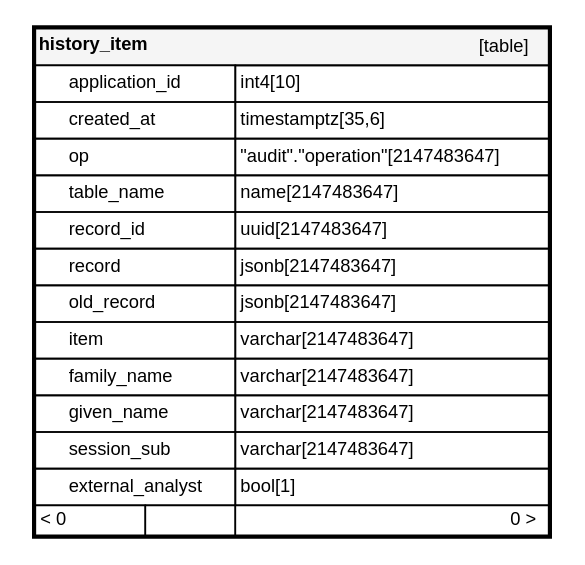
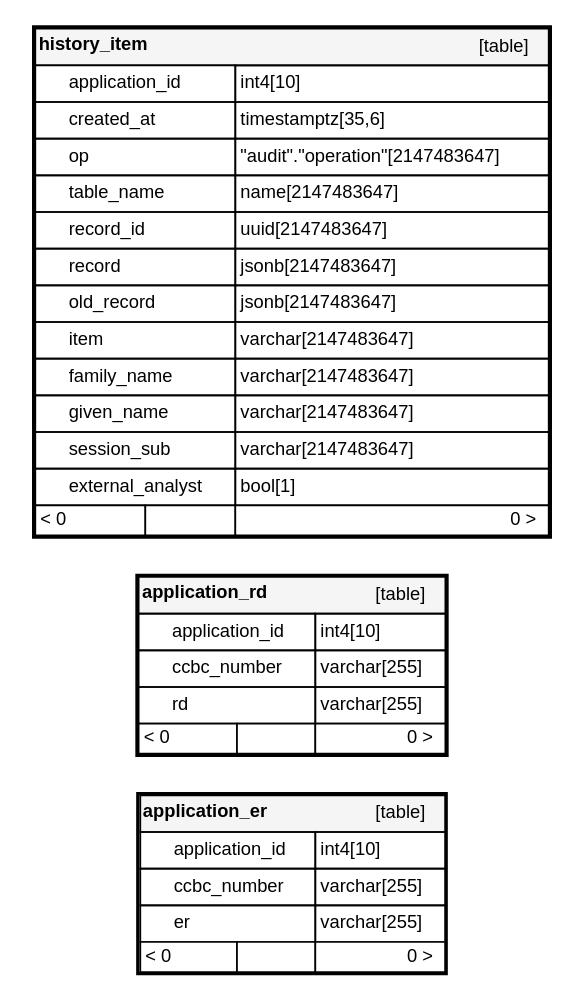
One commit to bcgov/CONN-CCBC-portal changed the diagram in schemaspy/ccbc_public/diagrams/orphans/orphans.dot. Above: the diagram before and after it, drawn with Graphviz. The commit also changed 21 other files, not shown here.

```diff
--- a/schemaspy/ccbc_public/diagrams/orphans/orphans.dot
+++ b/schemaspy/ccbc_public/diagrams/orphans/orphans.dot
@@ -1,25 +1,51 @@
 digraph "orphans" {
   graph [    rankdir="RL"    bgcolor="#ffffff"    nodesep="0.18"    ranksep="0.46"    fontname="Helvetica"    fontsize="11"    ration="compress"  ];  node [    fontname="Helvetica"    fontsize="11"    shape="plaintext"  ];  edge [    arrowsize="0.8"  ];
+  "application_er" [
+   label=<
+    <TABLE BORDER="2" CELLBORDER="1" CELLSPACING="0" BGCOLOR="#ffffff">
+      <TR><TD COLSPAN="4"  BGCOLOR="#f5f5f5"><TABLE BORDER="0" CELLSPACING="0"><TR><TD ALIGN="LEFT" FIXEDSIZE="TRUE" WIDTH="84" HEIGHT="16"><B>application_er</B></TD><TD ALIGN="RIGHT">[table]</TD></TR></TABLE></TD></TR>
+      <TR><TD PORT="application_id" COLSPAN="2" ALIGN="LEFT"><TABLE BORDER="0" CELLSPACING="0" ALIGN="LEFT"><TR ALIGN="LEFT"><TD ALIGN="LEFT" FIXEDSIZE="TRUE" WIDTH="15" HEIGHT="16"></TD><TD ALIGN="LEFT" FIXEDSIZE="TRUE" WIDTH="84" HEIGHT="16">application_id</TD></TR></TABLE></TD><TD PORT="application_id.type" ALIGN="LEFT">int4[10]</TD></TR>
+      <TR><TD PORT="ccbc_number" COLSPAN="2" ALIGN="LEFT"><TABLE BORDER="0" CELLSPACING="0" ALIGN="LEFT"><TR ALIGN="LEFT"><TD ALIGN="LEFT" FIXEDSIZE="TRUE" WIDTH="15" HEIGHT="16"></TD><TD ALIGN="LEFT" FIXEDSIZE="TRUE" WIDTH="84" HEIGHT="16">ccbc_number</TD></TR></TABLE></TD><TD PORT="ccbc_number.type" ALIGN="LEFT">varchar[255]</TD></TR>
+      <TR><TD PORT="er" COLSPAN="2" ALIGN="LEFT"><TABLE BORDER="0" CELLSPACING="0" ALIGN="LEFT"><TR ALIGN="LEFT"><TD ALIGN="LEFT" FIXEDSIZE="TRUE" WIDTH="15" HEIGHT="16"></TD><TD ALIGN="LEFT" FIXEDSIZE="TRUE" WIDTH="84" HEIGHT="16">er</TD></TR></TABLE></TD><TD PORT="er.type" ALIGN="LEFT">varchar[255]</TD></TR>
+      <TR><TD ALIGN="LEFT" BGCOLOR="#ffffff">&lt; 0</TD><TD ALIGN="RIGHT" BGCOLOR="#ffffff">  </TD><TD ALIGN="RIGHT" BGCOLOR="#ffffff">0 &gt;</TD></TR>
+    </TABLE>>
+    URL="tables/application_er.html"
+    target="_top"
+    tooltip="application_er"
+  ];
+  "application_rd" [
+   label=<
+    <TABLE BORDER="2" CELLBORDER="1" CELLSPACING="0" BGCOLOR="#ffffff">
+      <TR><TD COLSPAN="4"  BGCOLOR="#f5f5f5"><TABLE BORDER="0" CELLSPACING="0"><TR><TD ALIGN="LEFT" FIXEDSIZE="TRUE" WIDTH="85" HEIGHT="16"><B>application_rd</B></TD><TD ALIGN="RIGHT">[table]</TD></TR></TABLE></TD></TR>
+      <TR><TD PORT="application_id" COLSPAN="2" ALIGN="LEFT"><TABLE BORDER="0" CELLSPACING="0" ALIGN="LEFT"><TR ALIGN="LEFT"><TD ALIGN="LEFT" FIXEDSIZE="TRUE" WIDTH="15" HEIGHT="16"></TD><TD ALIGN="LEFT" FIXEDSIZE="TRUE" WIDTH="85" HEIGHT="16">application_id</TD></TR></TABLE></TD><TD PORT="application_id.type" ALIGN="LEFT">int4[10]</TD></TR>
+      <TR><TD PORT="ccbc_number" COLSPAN="2" ALIGN="LEFT"><TABLE BORDER="0" CELLSPACING="0" ALIGN="LEFT"><TR ALIGN="LEFT"><TD ALIGN="LEFT" FIXEDSIZE="TRUE" WIDTH="15" HEIGHT="16"></TD><TD ALIGN="LEFT" FIXEDSIZE="TRUE" WIDTH="85" HEIGHT="16">ccbc_number</TD></TR></TABLE></TD><TD PORT="ccbc_number.type" ALIGN="LEFT">varchar[255]</TD></TR>
+      <TR><TD PORT="rd" COLSPAN="2" ALIGN="LEFT"><TABLE BORDER="0" CELLSPACING="0" ALIGN="LEFT"><TR ALIGN="LEFT"><TD ALIGN="LEFT" FIXEDSIZE="TRUE" WIDTH="15" HEIGHT="16"></TD><TD ALIGN="LEFT" FIXEDSIZE="TRUE" WIDTH="85" HEIGHT="16">rd</TD></TR></TABLE></TD><TD PORT="rd.type" ALIGN="LEFT">varchar[255]</TD></TR>
+      <TR><TD ALIGN="LEFT" BGCOLOR="#ffffff">&lt; 0</TD><TD ALIGN="RIGHT" BGCOLOR="#ffffff">  </TD><TD ALIGN="RIGHT" BGCOLOR="#ffffff">0 &gt;</TD></TR>
+    </TABLE>>
+    URL="tables/application_rd.html"
+    target="_top"
+    tooltip="application_rd"
+  ];
   "history_item" [
    label=<
     <TABLE BORDER="2" CELLBORDER="1" CELLSPACING="0" BGCOLOR="#ffffff">
       <TR><TD COLSPAN="4"  BGCOLOR="#f5f5f5"><TABLE BORDER="0" CELLSPACING="0"><TR><TD ALIGN="LEFT" FIXEDSIZE="TRUE" WIDTH="75" HEIGHT="16"><B>history_item</B></TD><TD ALIGN="RIGHT">[table]</TD></TR></TABLE></TD></TR>
       <TR><TD PORT="application_id" COLSPAN="2" BGCOLOR="#ffffff" ALIGN="LEFT"><TABLE BORDER="0" CELLSPACING="0" ALIGN="LEFT"><TR ALIGN="LEFT"><TD ALIGN="LEFT" FIXEDSIZE="TRUE" WIDTH="15" HEIGHT="16"></TD><TD ALIGN="LEFT" FIXEDSIZE="TRUE" WIDTH="99" HEIGHT="16">application_id</TD></TR></TABLE></TD><TD PORT="application_id.type" ALIGN="LEFT">int4[10]</TD></TR>
       <TR><TD PORT="created_at" COLSPAN="2" ALIGN="LEFT"><TABLE BORDER="0" CELLSPACING="0" ALIGN="LEFT"><TR ALIGN="LEFT"><TD ALIGN="LEFT" FIXEDSIZE="TRUE" WIDTH="15" HEIGHT="16"></TD><TD ALIGN="LEFT" FIXEDSIZE="TRUE" WIDTH="99" HEIGHT="16">created_at</TD></TR></TABLE></TD><TD PORT="created_at.type" ALIGN="LEFT">timestamptz[35,6]</TD></TR>
       <TR><TD PORT="op" COLSPAN="2" ALIGN="LEFT"><TABLE BORDER="0" CELLSPACING="0" ALIGN="LEFT"><TR ALIGN="LEFT"><TD ALIGN="LEFT" FIXEDSIZE="TRUE" WIDTH="15" HEIGHT="16"></TD><TD ALIGN="LEFT" FIXEDSIZE="TRUE" WIDTH="99" HEIGHT="16">op</TD></TR></TABLE></TD><TD PORT="op.type" ALIGN="LEFT">&quot;audit&quot;.&quot;operation&quot;[2147483647]</TD></TR>
       <TR><TD PORT="table_name" COLSPAN="2" ALIGN="LEFT"><TABLE BORDER="0" CELLSPACING="0" ALIGN="LEFT"><TR ALIGN="LEFT"><TD ALIGN="LEFT" FIXEDSIZE="TRUE" WIDTH="15" HEIGHT="16"></TD><TD ALIGN="LEFT" FIXEDSIZE="TRUE" WIDTH="99" HEIGHT="16">table_name</TD></TR></TABLE></TD><TD PORT="table_name.type" ALIGN="LEFT">name[2147483647]</TD></TR>
       <TR><TD PORT="record_id" COLSPAN="2" ALIGN="LEFT"><TABLE BORDER="0" CELLSPACING="0" ALIGN="LEFT"><TR ALIGN="LEFT"><TD ALIGN="LEFT" FIXEDSIZE="TRUE" WIDTH="15" HEIGHT="16"></TD><TD ALIGN="LEFT" FIXEDSIZE="TRUE" WIDTH="99" HEIGHT="16">record_id</TD></TR></TABLE></TD><TD PORT="record_id.type" ALIGN="LEFT">uuid[2147483647]</TD></TR>
       <TR><TD PORT="record" COLSPAN="2" ALIGN="LEFT"><TABLE BORDER="0" CELLSPACING="0" ALIGN="LEFT"><TR ALIGN="LEFT"><TD ALIGN="LEFT" FIXEDSIZE="TRUE" WIDTH="15" HEIGHT="16"></TD><TD ALIGN="LEFT" FIXEDSIZE="TRUE" WIDTH="99" HEIGHT="16">record</TD></TR></TABLE></TD><TD PORT="record.type" ALIGN="LEFT">jsonb[2147483647]</TD></TR>
       <TR><TD PORT="old_record" COLSPAN="2" ALIGN="LEFT"><TABLE BORDER="0" CELLSPACING="0" ALIGN="LEFT"><TR ALIGN="LEFT"><TD ALIGN="LEFT" FIXEDSIZE="TRUE" WIDTH="15" HEIGHT="16"></TD><TD ALIGN="LEFT" FIXEDSIZE="TRUE" WIDTH="99" HEIGHT="16">old_record</TD></TR></TABLE></TD><TD PORT="old_record.type" ALIGN="LEFT">jsonb[2147483647]</TD></TR>
       <TR><TD PORT="item" COLSPAN="2" ALIGN="LEFT"><TABLE BORDER="0" CELLSPACING="0" ALIGN="LEFT"><TR ALIGN="LEFT"><TD ALIGN="LEFT" FIXEDSIZE="TRUE" WIDTH="15" HEIGHT="16"></TD><TD ALIGN="LEFT" FIXEDSIZE="TRUE" WIDTH="99" HEIGHT="16">item</TD></TR></TABLE></TD><TD PORT="item.type" ALIGN="LEFT">varchar[2147483647]</TD></TR>
       <TR><TD PORT="family_name" COLSPAN="2" ALIGN="LEFT"><TABLE BORDER="0" CELLSPACING="0" ALIGN="LEFT"><TR ALIGN="LEFT"><TD ALIGN="LEFT" FIXEDSIZE="TRUE" WIDTH="15" HEIGHT="16"></TD><TD ALIGN="LEFT" FIXEDSIZE="TRUE" WIDTH="99" HEIGHT="16">family_name</TD></TR></TABLE></TD><TD PORT="family_name.type" ALIGN="LEFT">varchar[2147483647]</TD></TR>
       <TR><TD PORT="given_name" COLSPAN="2" ALIGN="LEFT"><TABLE BORDER="0" CELLSPACING="0" ALIGN="LEFT"><TR ALIGN="LEFT"><TD ALIGN="LEFT" FIXEDSIZE="TRUE" WIDTH="15" HEIGHT="16"></TD><TD ALIGN="LEFT" FIXEDSIZE="TRUE" WIDTH="99" HEIGHT="16">given_name</TD></TR></TABLE></TD><TD PORT="given_name.type" ALIGN="LEFT">varchar[2147483647]</TD></TR>
       <TR><TD PORT="session_sub" COLSPAN="2" ALIGN="LEFT"><TABLE BORDER="0" CELLSPACING="0" ALIGN="LEFT"><TR ALIGN="LEFT"><TD ALIGN="LEFT" FIXEDSIZE="TRUE" WIDTH="15" HEIGHT="16"></TD><TD ALIGN="LEFT" FIXEDSIZE="TRUE" WIDTH="99" HEIGHT="16">session_sub</TD></TR></TABLE></TD><TD PORT="session_sub.type" ALIGN="LEFT">varchar[2147483647]</TD></TR>
       <TR><TD PORT="external_analyst" COLSPAN="2" ALIGN="LEFT"><TABLE BORDER="0" CELLSPACING="0" ALIGN="LEFT"><TR ALIGN="LEFT"><TD ALIGN="LEFT" FIXEDSIZE="TRUE" WIDTH="15" HEIGHT="16"></TD><TD ALIGN="LEFT" FIXEDSIZE="TRUE" WIDTH="99" HEIGHT="16">external_analyst</TD></TR></TABLE></TD><TD PORT="external_analyst.type" ALIGN="LEFT">bool[1]</TD></TR>
       <TR><TD ALIGN="LEFT" BGCOLOR="#ffffff">&lt; 0</TD><TD ALIGN="RIGHT" BGCOLOR="#ffffff">  </TD><TD ALIGN="RIGHT" BGCOLOR="#ffffff">0 &gt;</TD></TR>
     </TABLE>>
     URL="tables/history_item.html"
     target="_top"
     tooltip="history_item"
   ];
 }
```
